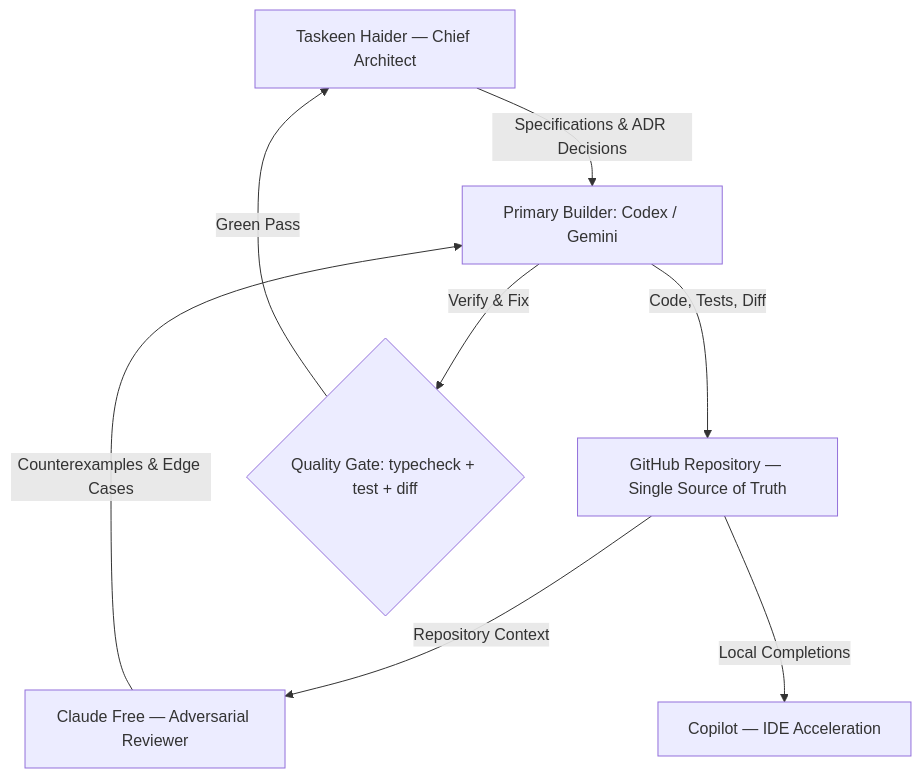
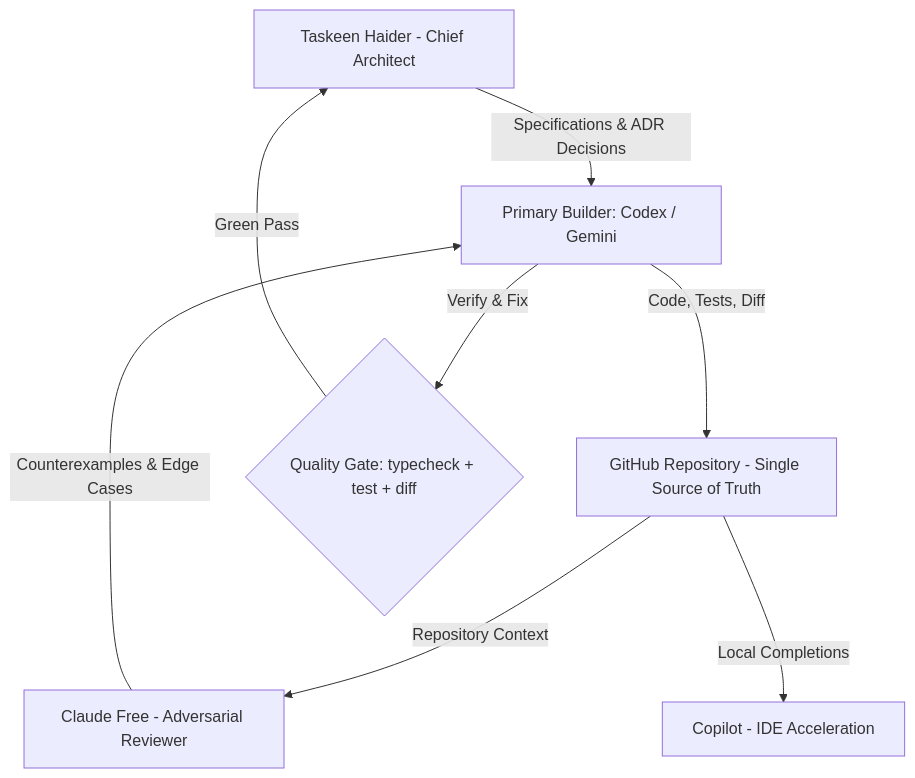
One commit to raitaskeen/LegacyExodus changed the sixth of 6 diagrams in README.md. Above: the diagram before and after it, drawn with Mermaid. The commit also changed other lines of this file and 14 other files, not shown here.

````diff
--- a/README.md
+++ b/README.md
@@ -560,12 +611,12 @@
 ```mermaid
 flowchart TD
-    A[Taskeen Haider — Chief Architect] -->|Specifications & ADR Decisions| B[Primary Builder: Codex / Gemini]
-    B -->|Code, Tests, Diff| C[GitHub Repository — Single Source of Truth]
+    A["Taskeen Haider - Chief Architect"] -->|Specifications & ADR Decisions| B["Primary Builder: Codex / Gemini"]
+    B -->|Code, Tests, Diff| C["GitHub Repository - Single Source of Truth"]
 
-    C -->|Repository Context| D[Claude Free — Adversarial Reviewer]
-    C -->|Local Completions| E[Copilot — IDE Acceleration]
+    C -->|Repository Context| D["Claude Free - Adversarial Reviewer"]
+    C -->|Local Completions| E["Copilot - IDE Acceleration"]
 
     D -->|Counterexamples & Edge Cases| B
-    B -->|Verify & Fix| F{Quality Gate: typecheck + test + diff}
+    B -->|Verify & Fix| F{"Quality Gate: typecheck + test + diff"}
     F -->|Green Pass| A
 ```
````
